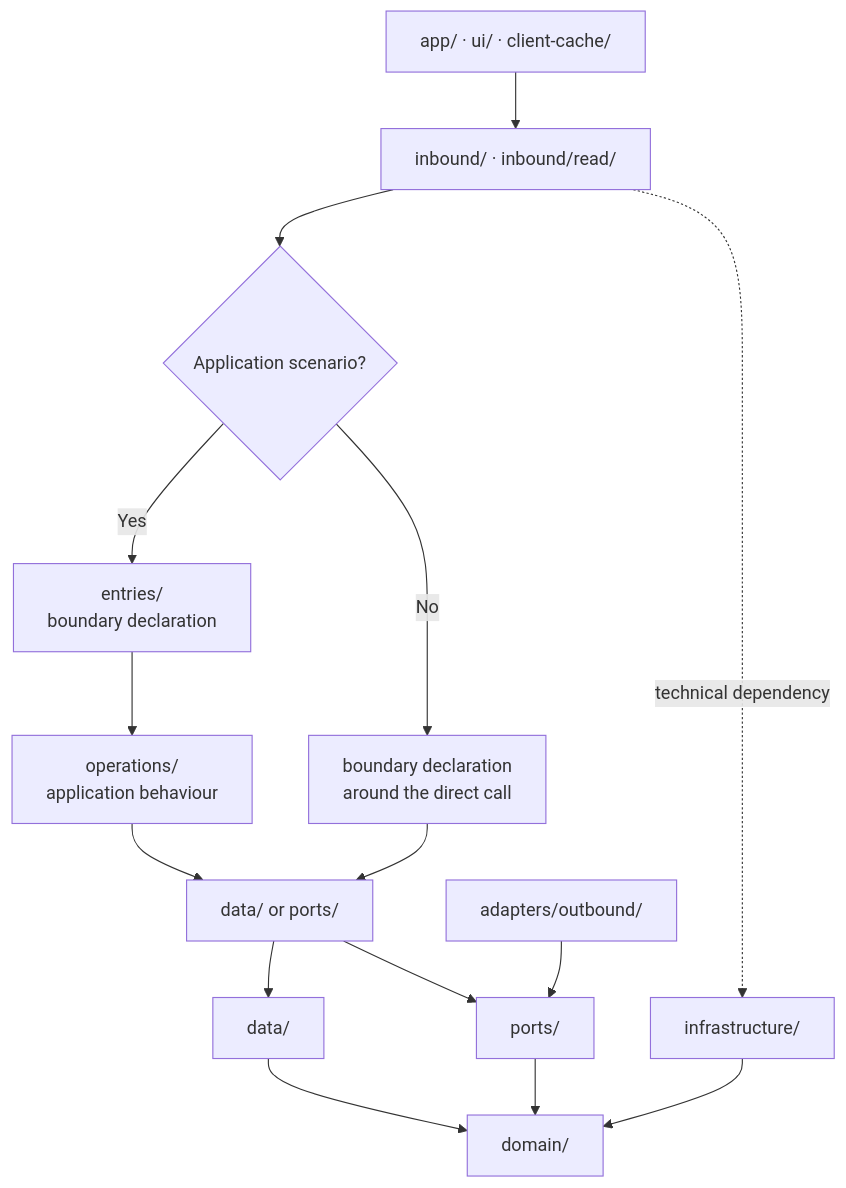
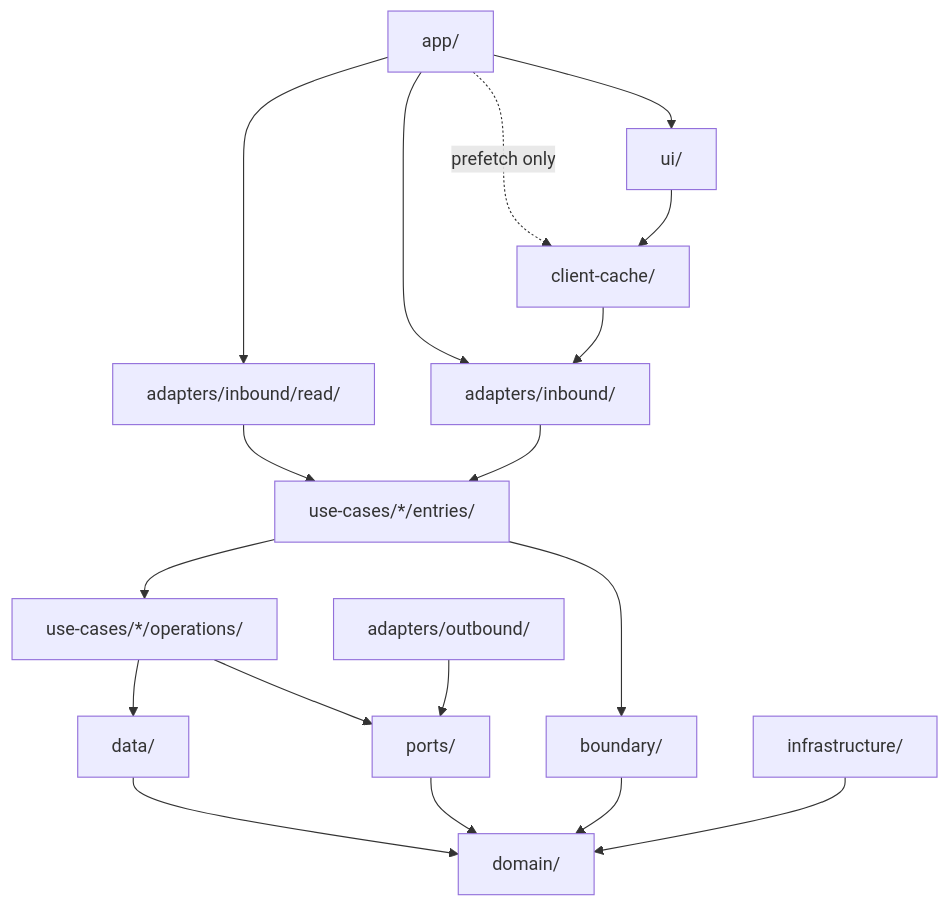
One commit to clicktronix/nextjs-clean-skills changed the second of 3 diagrams in docs/architecture-contract.md. Above: the diagram before and after it, drawn with Mermaid. The commit also changed other lines of this file and 18 other files, not shown here.

Commit message:
Expand and validate architecture documentation

````diff
--- a/docs/architecture-contract.md
+++ b/docs/architecture-contract.md
@@ -24,17 +76,22 @@
 ```mermaid
 flowchart TB
-  Presentation["app/ · ui/ · client-cache/"] --> Delivery["inbound/ · inbound/read/"]
-  Delivery --> Scenario{"Application scenario?"}
-  Scenario -->|Yes| Entries["entries/<br/>boundary declaration"]
-  Entries --> Operations["operations/<br/>application behaviour"]
-  Scenario -->|No| Direct["boundary declaration<br/>around the direct call"]
-  Operations --> Access["data/ or ports/"]
-  Direct --> Access
-  Access --> Data["data/"]
-  Access --> Ports["ports/"]
-  Data --> Domain
-  Ports --> Domain["domain/"]
+  accTitle: Main compile-time dependency direction
+  accDescr: Framework and browser layers call inward through inbound entries, declarations, operations, data or ports, and domain.
+  App["app/"] --> Read["adapters/inbound/read/"]
+  App --> Inbound["adapters/inbound/"]
+  App --> UI["ui/"]
+  App -. "prefetch only" .-> ClientCache["client-cache/"]
+  UI --> ClientCache
+  ClientCache --> Inbound
+  Read --> Entry["use-cases/*/entries/"]
+  Inbound --> Entry
+  Entry --> Operation["use-cases/*/operations/"]
+  Entry --> Boundary["boundary/"]
+  Operation --> Data["data/"]
+  Operation --> Ports["ports/"]
   Outbound["adapters/outbound/"] --> Ports
-  Delivery -. "technical dependency" .-> Infrastructure["infrastructure/"]
-  Infrastructure --> Domain
+  Data --> Domain["domain/"]
+  Ports --> Domain
+  Boundary --> Domain
+  Infrastructure["infrastructure/"] --> Domain
 ```
````
